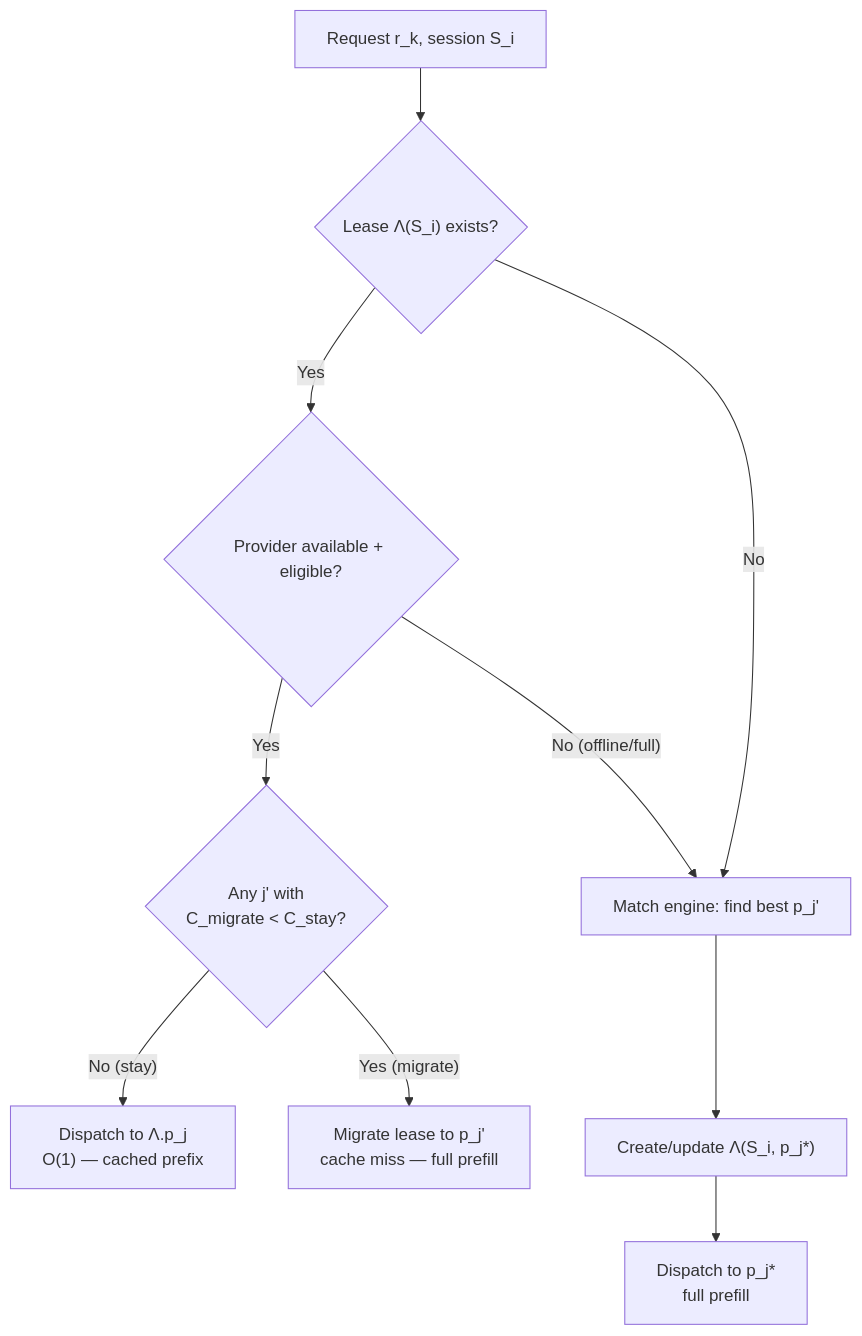
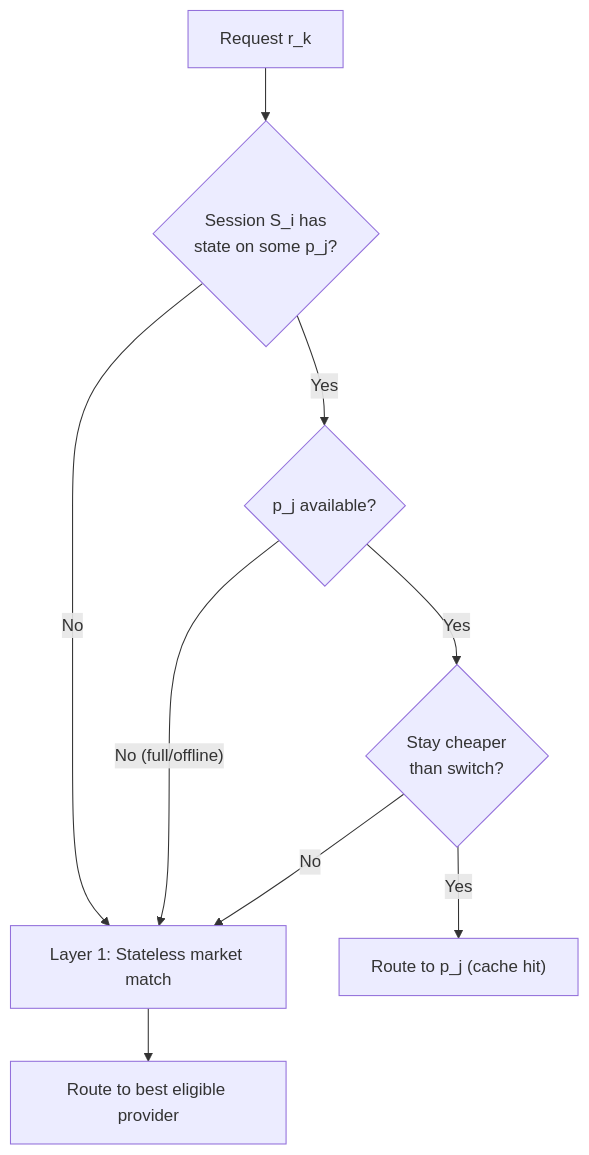
Before and after one commit to qzyu999/inference-exchange: the second of 3 diagrams in docs/formal-model.md, drawn with Mermaid. The commit also changed other lines of this file, not shown here.

First line of the commit message:
Formal model v6: three-layer architecture, request as fundamental primitive

````diff
--- a/docs/formal-model.md
+++ b/docs/formal-model.md
@@ -512,12 +578,11 @@
 ```mermaid
 flowchart TD
-    REQ["Request r_k, session S_i"] --> LEASE{"Lease Λ(S_i) exists?"}
-    LEASE -->|"Yes"| AVAIL{"Provider available + eligible?"}
-    AVAIL -->|"Yes"| MIGRATE{"Any j' with<br/>C_migrate < C_stay?"}
-    MIGRATE -->|"No (stay)"| DISPATCH_CACHED["Dispatch to Λ.p_j<br/>O(1) — cached prefix"]
-    MIGRATE -->|"Yes (migrate)"| NEW_LEASE["Migrate lease to p_j'<br/>cache miss — full prefill"]
-    AVAIL -->|"No (offline/full)"| MATCH["Match engine: find best p_j'"]
-    LEASE -->|"No"| MATCH
-    MATCH --> CREATE["Create/update Λ(S_i, p_j*)"]
-    CREATE --> DISPATCH_FRESH["Dispatch to p_j*<br/>full prefill"]
+    REQ["Request r_k"] --> SESSION{"Session S_i has<br/>state on some p_j?"}
+    SESSION -->|"No"| L1["Layer 1: Stateless market match"]
+    SESSION -->|"Yes"| AVAIL{"p_j available?"}
+    AVAIL -->|"No (full/offline)"| L1
+    AVAIL -->|"Yes"| COMPARE{"Stay cheaper<br/>than switch?"}
+    COMPARE -->|"Yes"| STAY["Route to p_j (cache hit)"]
+    COMPARE -->|"No"| L1
+    L1 --> BEST["Route to best eligible provider"]
 ```
````
